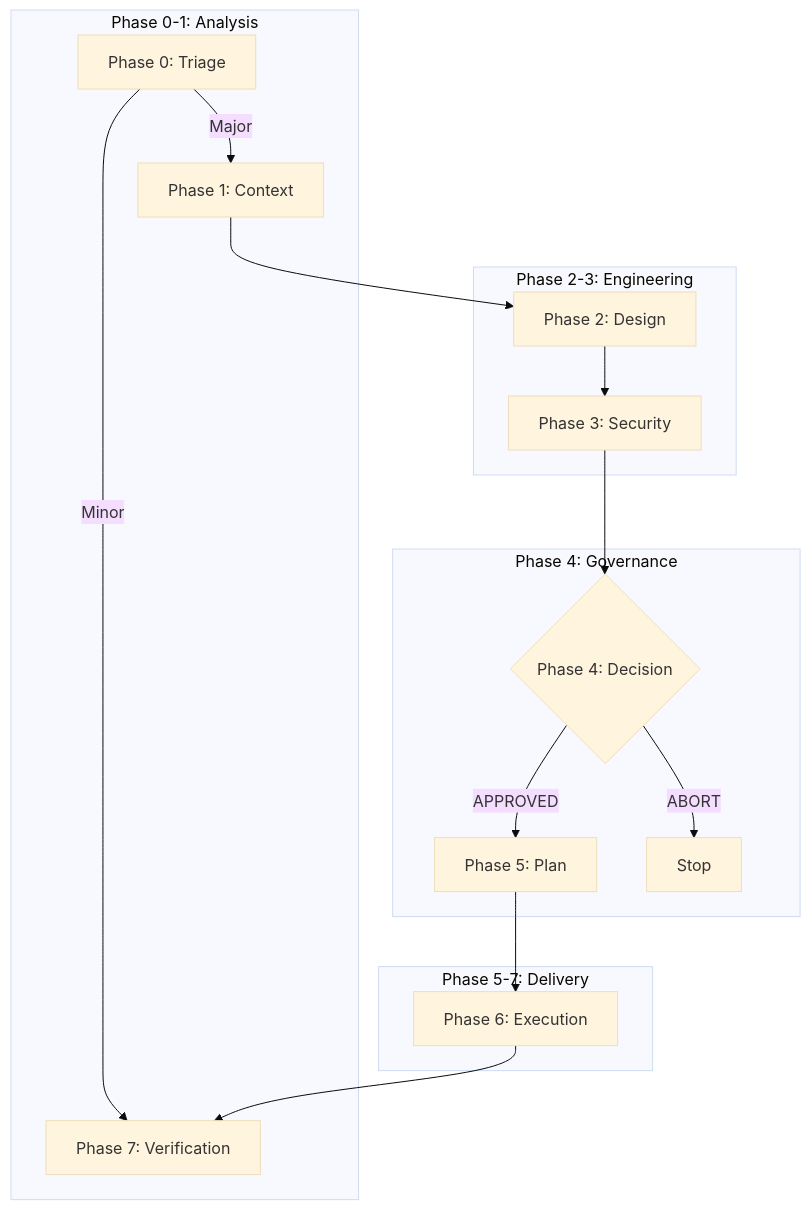
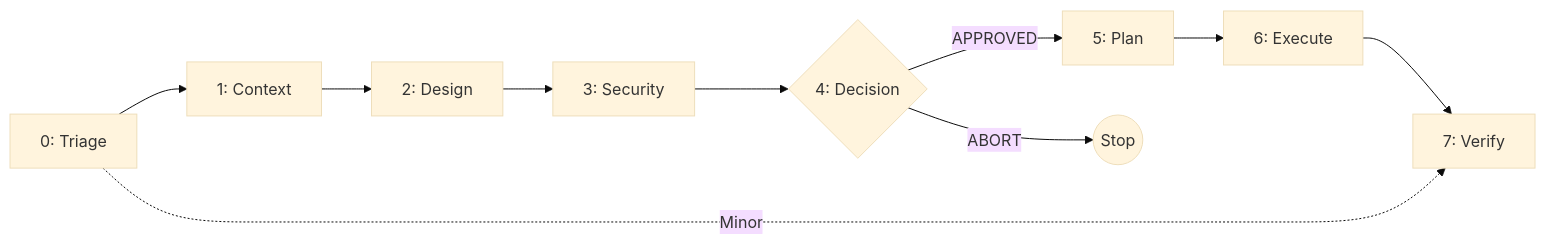
One commit to agarwalvipin/sdlc_ai changed the diagram in README.md. Above: the diagram before and after it, drawn with Mermaid (base theme). The commit also changed other lines of this file and 25 other files, not shown here.

````diff
--- a/README.md
+++ b/README.md
@@ -41,23 +42,8 @@
 ```mermaid
-flowchart TD
-    subgraph "Phase 0-1: Analysis"
-        P0[Phase 0: Triage] -->|Major| P1[Phase 1: Context]
-        P0 -->|Minor| P7[Phase 7: Fast Track]
-    end
-
-    subgraph "Phase 2-3: Engineering"
-        P1 --> P2[Phase 2: Design]
-        P2 --> P3[Phase 3: Security]
-    end
-
-    subgraph "Phase 4: Governance"
-        P3 --> P4{Phase 4: Decision}
-        P4 -->|APPROVED| P5[Phase 5: Plan]
-        P4 -->|ABORT| Stop
-    end
-
-    subgraph "Phase 5-7: Delivery"
-        P5 --> P6[Phase 6: Execution]
-        P6 --> P7[Phase 7: Verification]
-    end
+flowchart LR
+    P0[0: Triage] --> P1[1: Context] --> P2[2: Design] --> P3[3: Security]
+    P3 --> P4{4: Decision}
+    P4 -->|APPROVED| P5[5: Plan] --> P6[6: Execute] --> P7[7: Verify]
+    P4 -->|ABORT| Stop((Stop))
+    P0 -.->|Minor| P7
 ```
````
